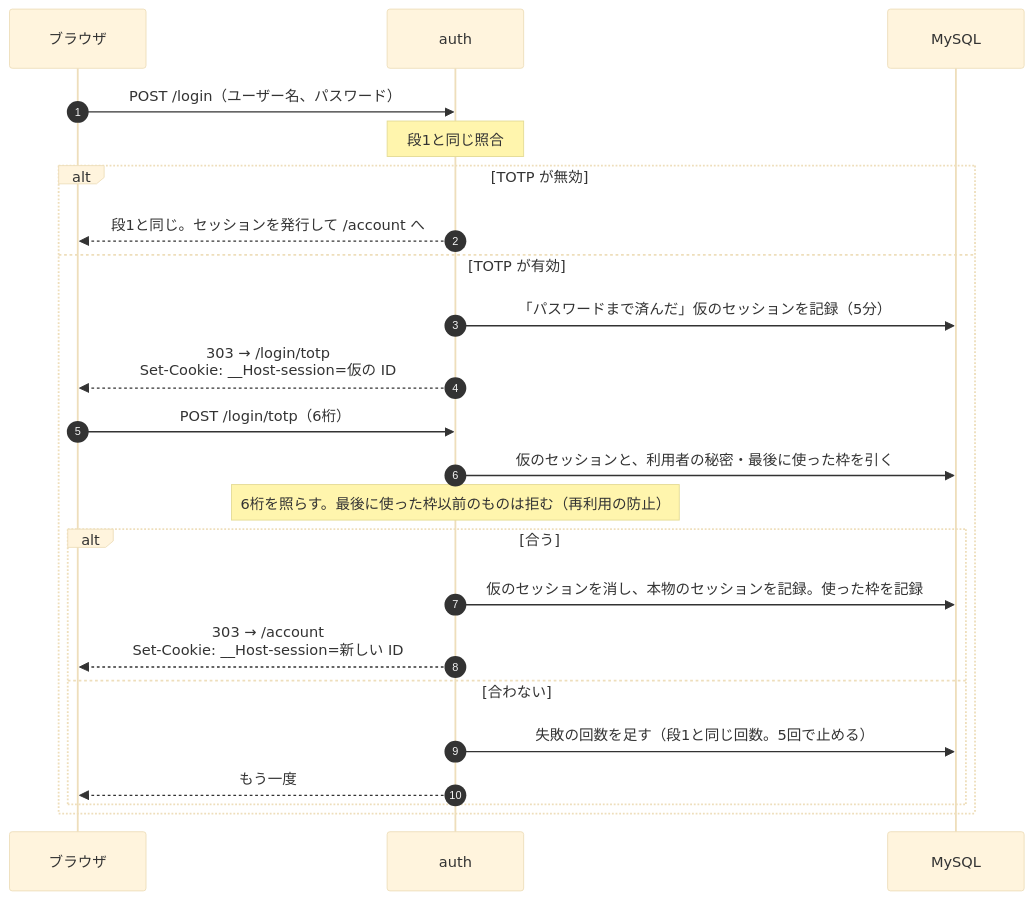
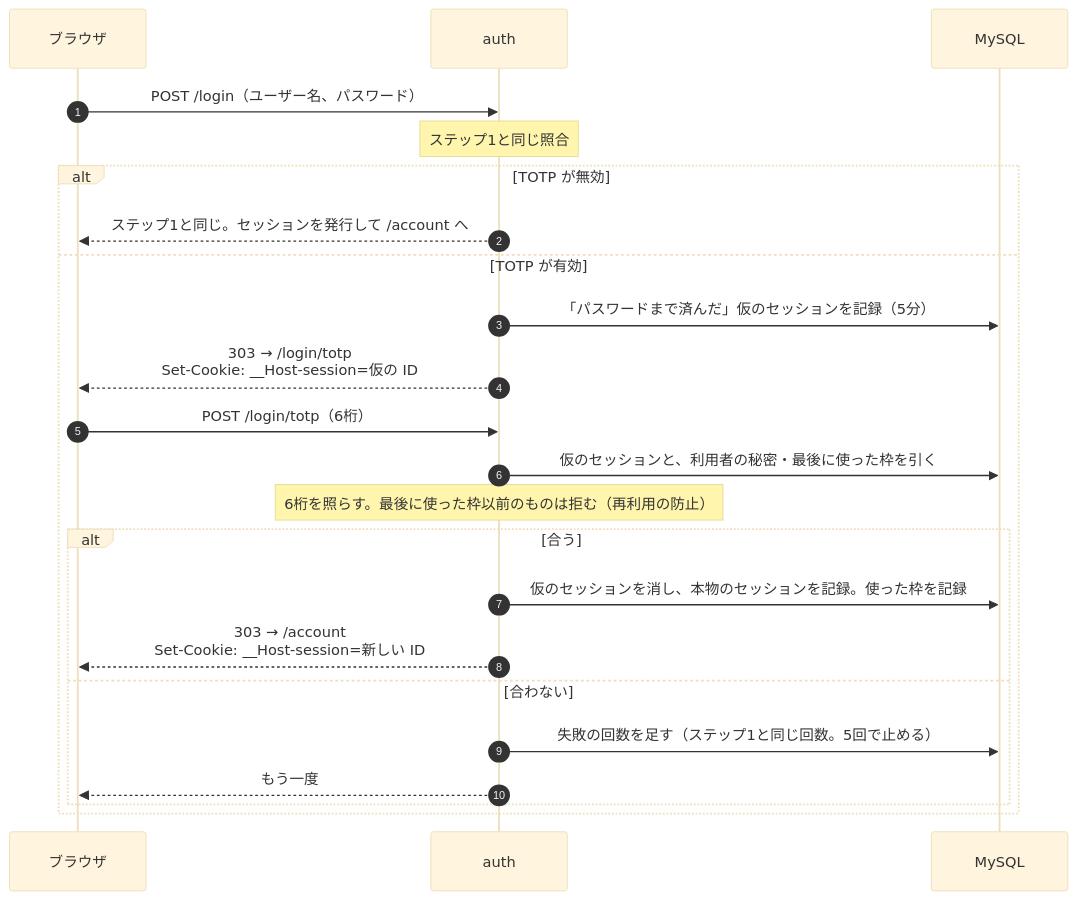
The second of 2 diagrams in docs/steps/2-totp.md (alphajinsei/auth), drawn with Mermaid (base theme) before and after one commit. The commit also changed other lines of this file and 26 other files, not shown here.

````diff
--- a/docs/steps/2-totp.md
+++ b/docs/steps/2-totp.md
@@ -42,26 +42,26 @@
 ```mermaid
 sequenceDiagram
   autonumber
   participant B as ブラウザ
   participant A as auth
   participant DB as MySQL
 
   B->>A: POST /login（ユーザー名、パスワード）
-  Note over A: 段1と同じ照合
+  Note over A: ステップ1と同じ照合
   alt TOTP が無効
-    A-->>B: 段1と同じ。セッションを発行して /account へ
+    A-->>B: ステップ1と同じ。セッションを発行して /account へ
   else TOTP が有効
     A->>DB: 「パスワードまで済んだ」仮のセッションを記録（5分）
     A-->>B: 303 → /login/totp<br/>Set-Cookie: __Host-session=仮の ID
     B->>A: POST /login/totp（6桁）
     A->>DB: 仮のセッションと、利用者の秘密・最後に使った枠を引く
     Note over A: 6桁を照らす。最後に使った枠以前のものは拒む（再利用の防止）
     alt 合う
       A->>DB: 仮のセッションを消し、本物のセッションを記録。使った枠を記録
       A-->>B: 303 → /account<br/>Set-Cookie: __Host-session=新しい ID
     else 合わない
-      A->>DB: 失敗の回数を足す（段1と同じ回数。5回で止める）
+      A->>DB: 失敗の回数を足す（ステップ1と同じ回数。5回で止める）
       A-->>B: もう一度
     end
   end
 ```
````
